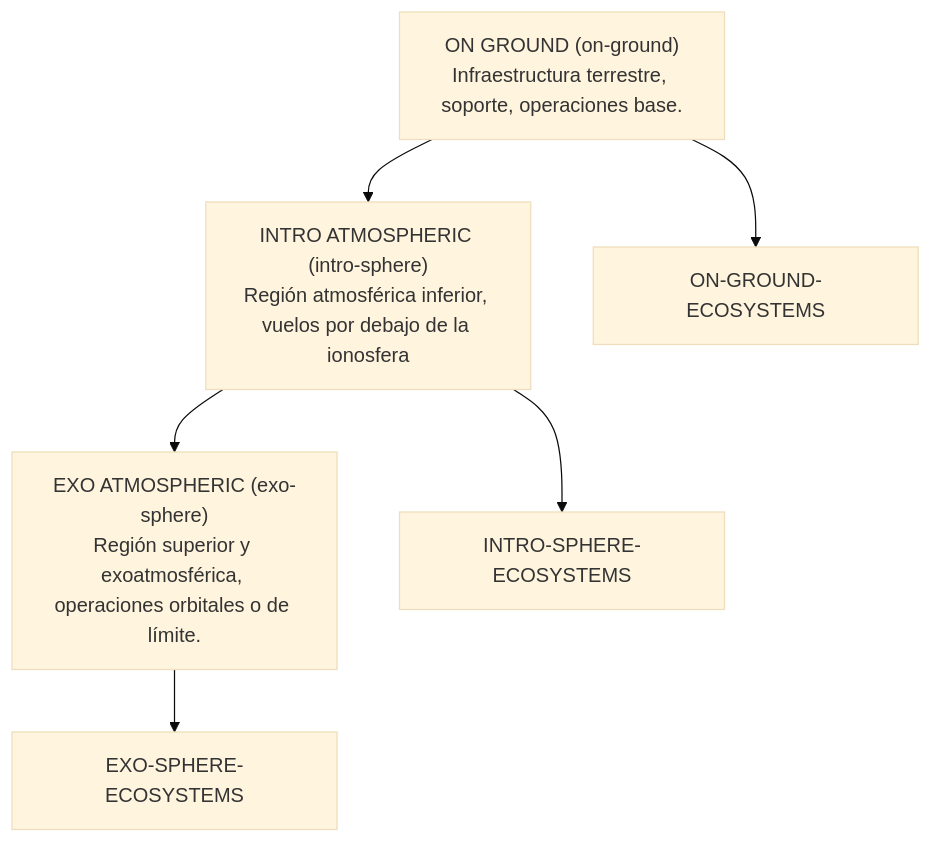
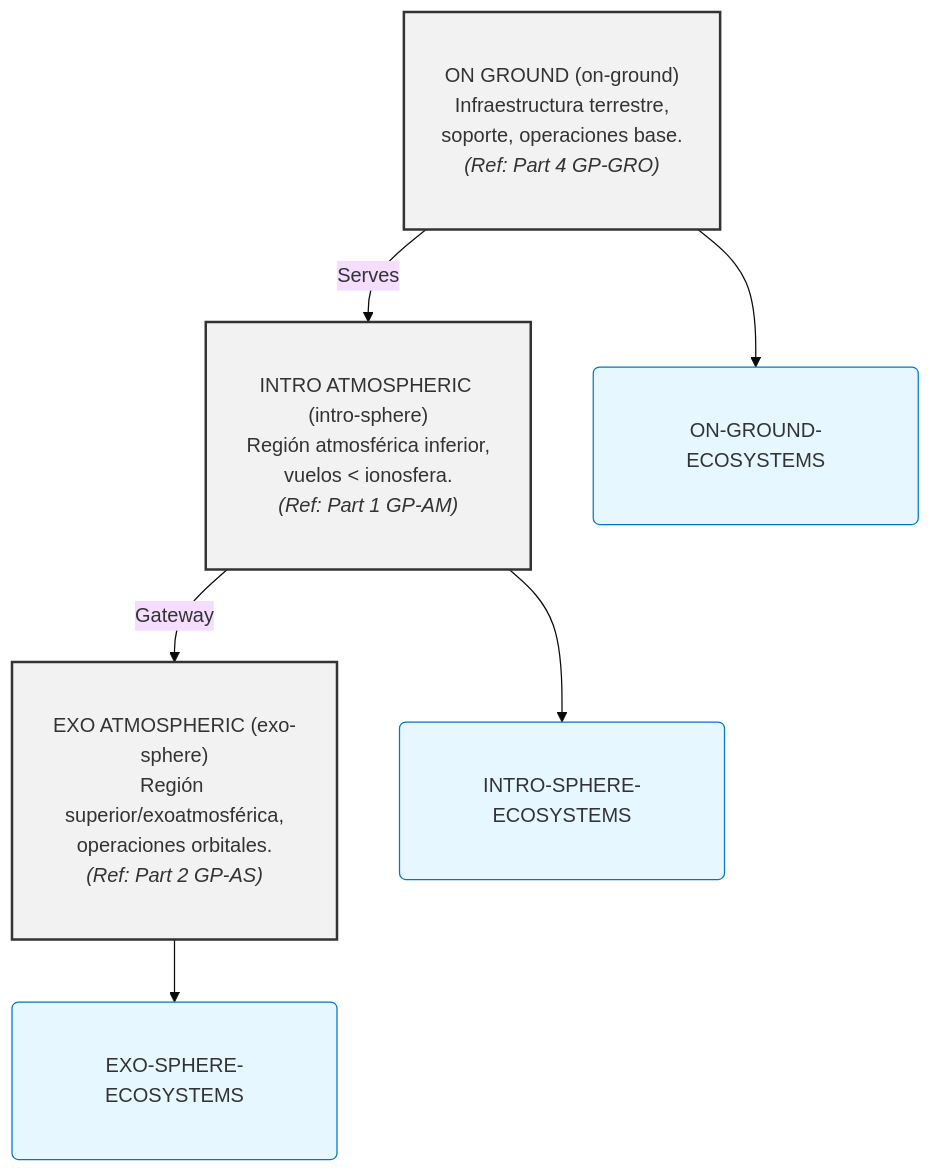
One commit to Robbbo-T/GAIA-AIR-ESSENTIALS changed the diagram in README.md. Above: the diagram before and after it, drawn with Mermaid (base theme). The commit also changed other lines of this file, not shown here.

````diff
--- a/README.md
+++ b/README.md
@@ -23,16 +64,24 @@
 ```mermaid
 graph TD
-    %% Primary Structure
-    ON_GROUND["ON GROUND (on-ground)\nInfraestructura terrestre, soporte, operaciones base."]
-    INTRO_SPHERE["INTRO ATMOSPHERIC (intro-sphere)\nRegión atmosférica inferior, vuelos por debajo de la ionosfera"]
-    EXO_SPHERE["EXO ATMOSPHERIC (exo-sphere)\nRegión superior y exoatmosférica, operaciones orbitales o de límite."]
+    %% Primary Structure Zones
+    ON_GROUND["ON GROUND (on-ground)<br>Infraestructura terrestre,<br>soporte, operaciones base.<br><i>(Ref: Part 4 GP-GRO)</i>"]:::zoneStyle
+    INTRO_SPHERE["INTRO ATMOSPHERIC (intro-sphere)<br>Región atmosférica inferior,<br>vuelos < ionosfera.<br><i>(Ref: Part 1 GP-AM)</i>"]:::zoneStyle
+    EXO_SPHERE["EXO ATMOSPHERIC (exo-sphere)<br>Región superior/exoatmosférica,<br>operaciones orbitales.<br><i>(Ref: Part 2 GP-AS)</i>"]:::zoneStyle
 
     %% Ecosystems
-    ON_GROUND --> ON_GROUND_ECOSYSTEMS["ON-GROUND-ECOSYSTEMS"]
-    INTRO_SPHERE --> INTRO_SPHERE_ECOSYSTEMS["INTRO-SPHERE-ECOSYSTEMS"]
-    EXO_SPHERE --> EXO_SPHERE_ECOSYSTEMS["EXO-SPHERE-ECOSYSTEMS"]
+    ON_GROUND_ECOSYSTEMS["ON-GROUND-ECOSYSTEMS"]:::ecosystemStyle
+    INTRO_SPHERE_ECOSYSTEMS["INTRO-SPHERE-ECOSYSTEMS"]:::ecosystemStyle
+    EXO_SPHERE_ECOSYSTEMS["EXO-SPHERE-ECOSYSTEMS"]:::ecosystemStyle
 
-    %% Connections between zones
-    ON_GROUND --> INTRO_SPHERE
-    INTRO_SPHERE --> EXO_SPHERE
+    %% Connections
+    ON_GROUND -- Serves --> INTRO_SPHERE
+    INTRO_SPHERE -- Gateway --> EXO_SPHERE
+    ON_GROUND --> ON_GROUND_ECOSYSTEMS
+    INTRO_SPHERE --> INTRO_SPHERE_ECOSYSTEMS
+    EXO_SPHERE --> EXO_SPHERE_ECOSYSTEMS
+
+    %% Styling
+    classDef zoneStyle fill:#f2f2f2,stroke:#333,stroke-width:2px,padding:10px;
+    classDef ecosystemStyle fill:#e6f7ff,stroke:#0077cc,stroke-width:1px,padding:8px,rx:5px,ry:5px;
+
 ```
````
